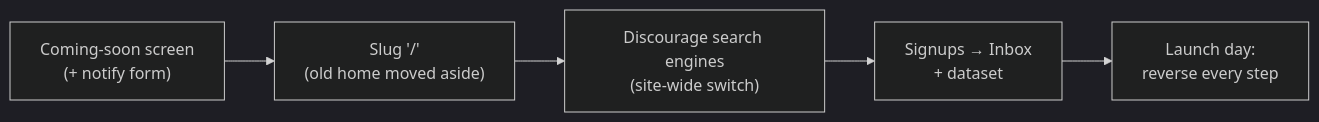
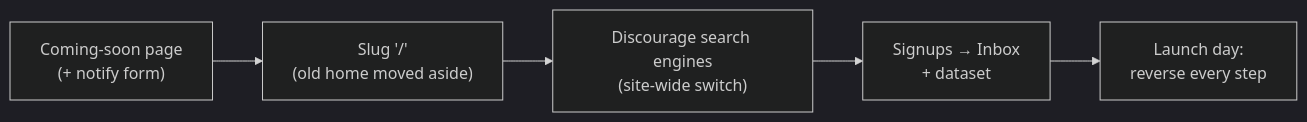
Before and after one commit to aglyn/aglyn: the diagram in apps/docs/docs/guides/coming-soon-launch.md, drawn with Mermaid (dark theme). The commit also changed other lines of this file and 319 other files, not shown here.

````diff
--- a/apps/docs/docs/guides/coming-soon-launch.md
+++ b/apps/docs/docs/guides/coming-soon-launch.md
@@ -17,7 +17,7 @@
 ```mermaid
 flowchart LR
-  Build["Coming-soon screen<br/>(+ notify form)"] --> Home["Slug '/'<br/>(old home moved aside)"]
+  Build["Coming-soon page<br/>(+ notify form)"] --> Home["Slug '/'<br/>(old home moved aside)"]
   Home --> Hide["Discourage search engines<br/>(site-wide switch)"]
   Hide --> Collect["Signups → Inbox<br/>+ dataset"]
   Collect --> Launch["Launch day:<br/>reverse every step"]
 ```
````
